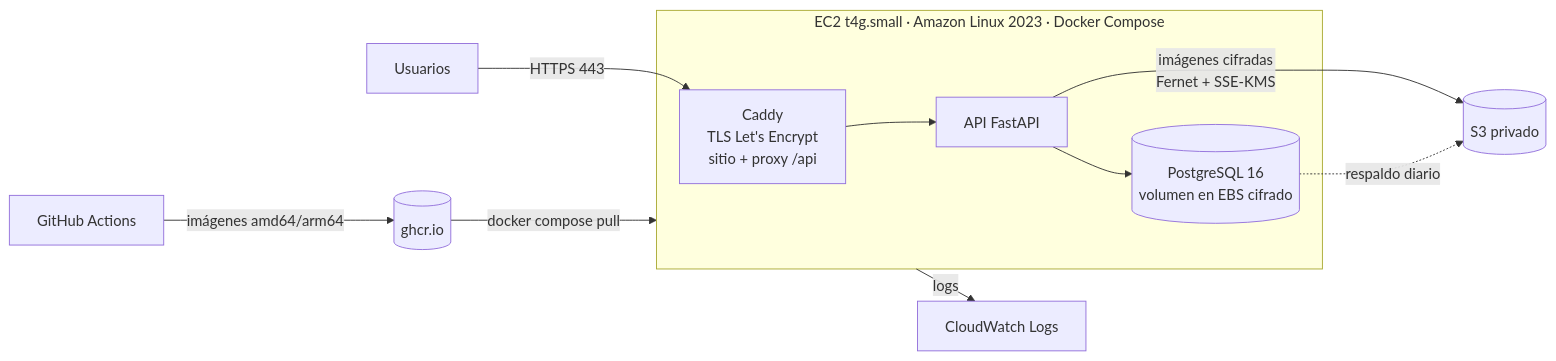
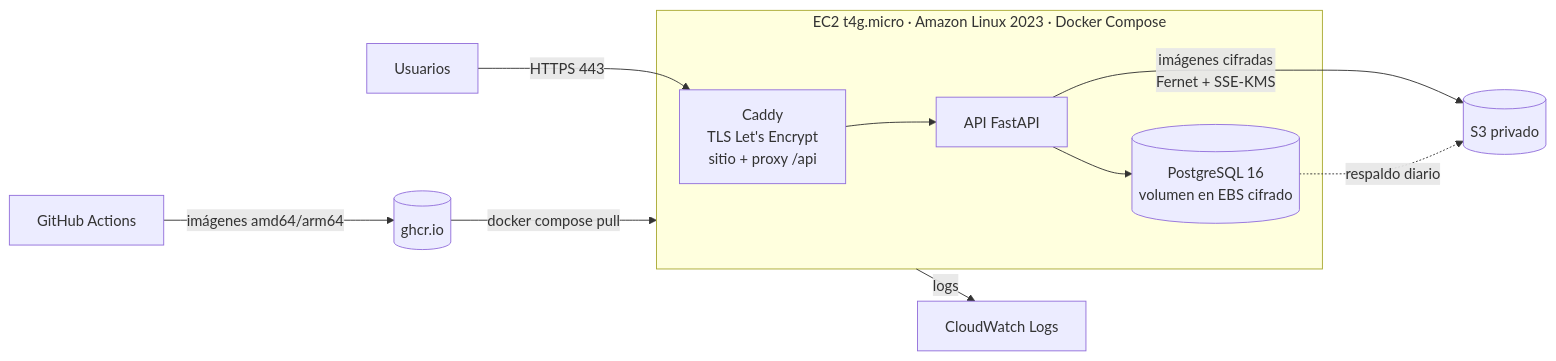
Before and after one commit to conEFE/Proyecto-Aurora: the diagram in docs/despliegue_aws.md, drawn with Mermaid. The commit also changed other lines of this file and 15 other files, not shown here.

````diff
--- a/docs/despliegue_aws.md
+++ b/docs/despliegue_aws.md
@@ -11,13 +12,13 @@
 ```mermaid
 flowchart LR
   U[Usuarios] -- HTTPS 443 --> C
-  subgraph EC2["EC2 t4g.small · Amazon Linux 2023 · Docker Compose"]
+  subgraph EC2["EC2 t4g.micro · Amazon Linux 2023 · Docker Compose"]
     C[Caddy<br/>TLS Let's Encrypt<br/>sitio + proxy /api] --> A[API FastAPI]
     A --> D[(PostgreSQL 16<br/>volumen en EBS cifrado)]
   end
   A -- imágenes cifradas<br/>Fernet + SSE-KMS --> S3[(S3 privado)]
   D -. respaldo diario .-> S3
   EC2 -- logs --> CW[CloudWatch Logs]
   GH[GitHub Actions] -- imágenes amd64/arm64 --> GHCR[(ghcr.io)]
   GHCR -- docker compose pull --> EC2
 ```
````
